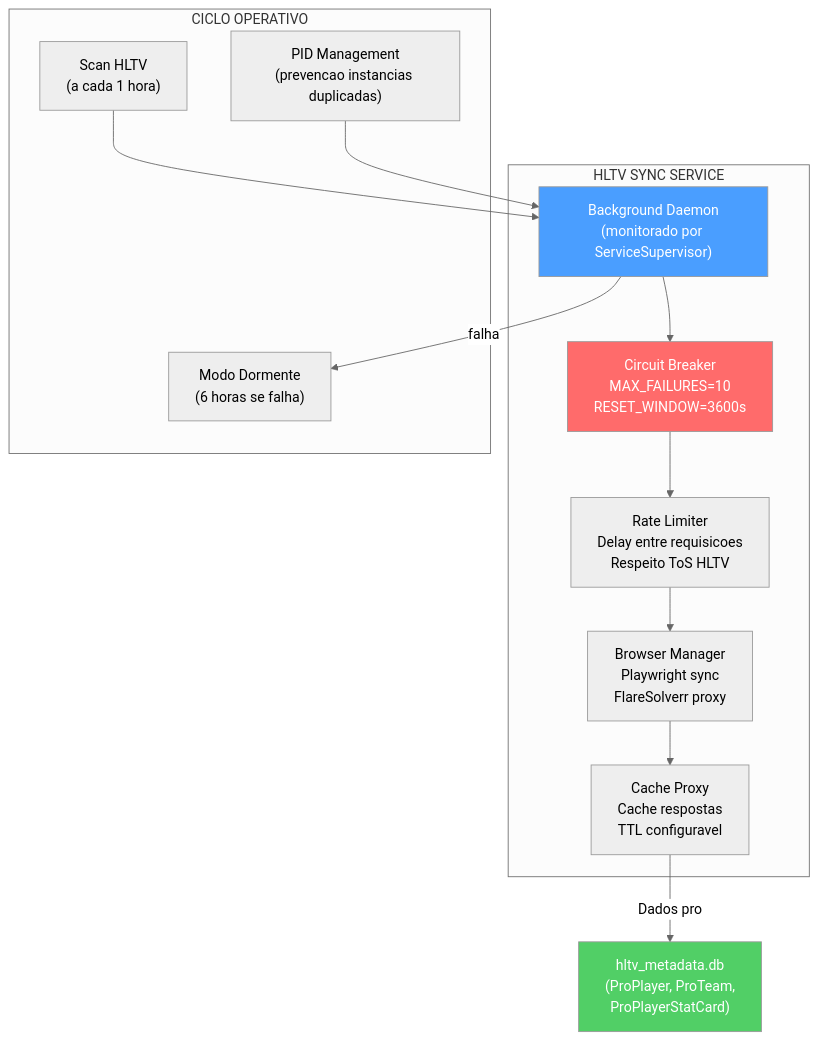
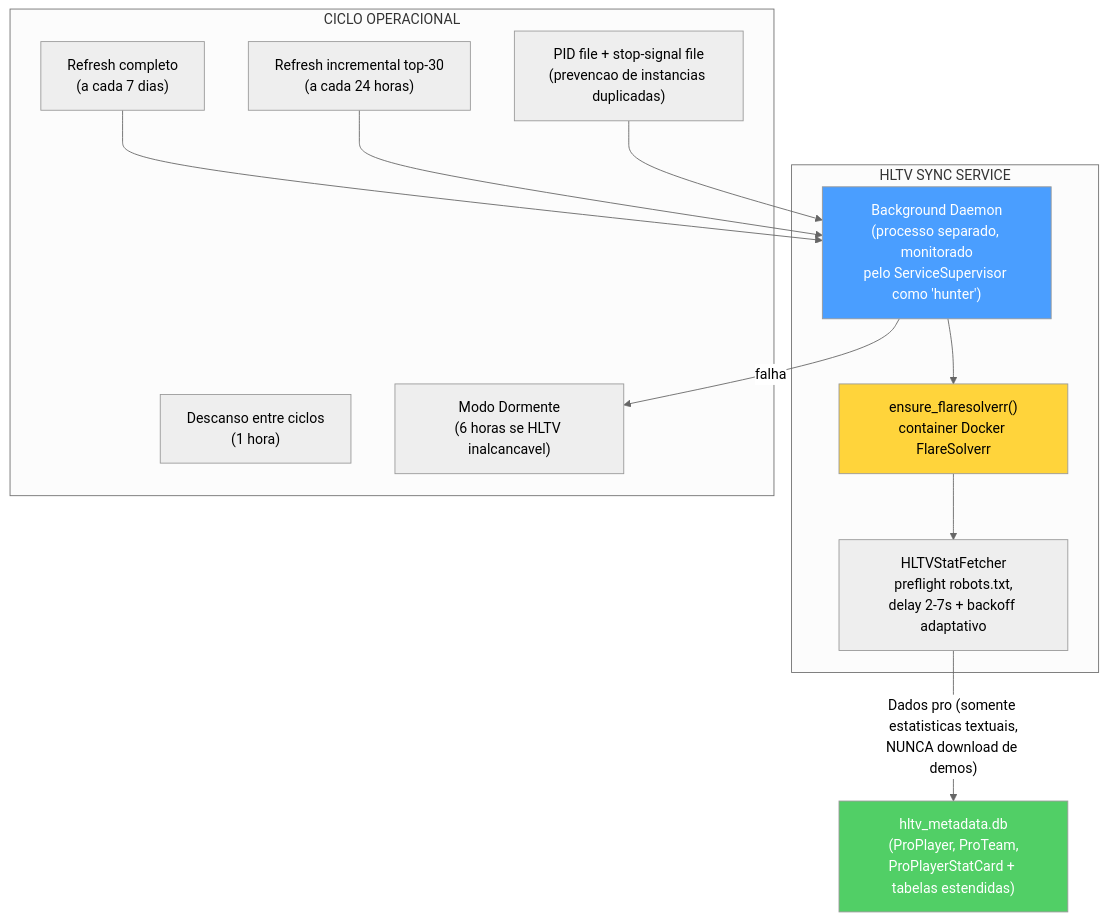
Before and after one commit to renanaugustomacena-ux/Counter-Strike-coach-AI: diagram 45 of 52 in docs/books/Book-Coach-3-pt.md, drawn with Mermaid (neutral theme). The commit also changed other lines of this file and 36 other files, not shown here.

````diff
--- a/docs/books/Book-Coach-3-pt.md
+++ b/docs/books/Book-Coach-3-pt.md
@@ -2499,22 +2583,23 @@
 ```mermaid
 flowchart TB
     subgraph HLTV_SYNC["HLTV SYNC SERVICE"]
-        DAEMON["Background Daemon<br/>(monitorado por ServiceSupervisor)"]
-        DAEMON --> CB["Circuit Breaker<br/>MAX_FAILURES=10<br/>RESET_WINDOW=3600s"]
-        CB --> RL["Rate Limiter<br/>Delay entre requisicoes<br/>Respeito ToS HLTV"]
-        RL --> BM["Browser Manager<br/>Playwright sync<br/>FlareSolverr proxy"]
-        BM --> CP["Cache Proxy<br/>Cache respostas<br/>TTL configuravel"]
+        DAEMON["Background Daemon<br/>(processo separado, monitorado<br/>pelo ServiceSupervisor como 'hunter')"]
+        DAEMON --> FS["ensure_flaresolverr()<br/>container Docker FlareSolverr"]
+        FS --> FETCH["HLTVStatFetcher<br/>preflight robots.txt,<br/>delay 2-7s + backoff adaptativo"]
     end
-    subgraph CYCLE["CICLO OPERATIVO"]
-        SCAN["Scan HLTV<br/>(a cada 1 hora)"]
-        DORMANT["Modo Dormente<br/>(6 horas se falha)"]
-        PID["PID Management<br/>(prevencao instancias duplicadas)"]
+    subgraph CYCLE["CICLO OPERACIONAL"]
+        FULL["Refresh completo<br/>(a cada 7 dias)"]
+        INCR["Refresh incremental top-30<br/>(a cada 24 horas)"]
+        REST["Descanso entre ciclos<br/>(1 hora)"]
+        DORMANT["Modo Dormente<br/>(6 horas se HLTV inalcancavel)"]
+        PID["PID file + stop-signal file<br/>(prevencao de instancias duplicadas)"]
     end
-    CP -->|"Dados pro"| DB["hltv_metadata.db<br/>(ProPlayer, ProTeam,<br/>ProPlayerStatCard)"]
-    SCAN --> DAEMON
+    FETCH -->|"Dados pro (somente estatisticas textuais,<br/>NUNCA download de demos)"| DB["hltv_metadata.db<br/>(ProPlayer, ProTeam,<br/>ProPlayerStatCard + tabelas estendidas)"]
+    FULL --> DAEMON
+    INCR --> DAEMON
     DAEMON -->|"falha"| DORMANT
     PID --> DAEMON
     style DAEMON fill:#4a9eff,color:#fff
-    style CB fill:#ff6b6b,color:#fff
+    style FS fill:#ffd43b,color:#000
     style DB fill:#51cf66,color:#fff
 ```
````
